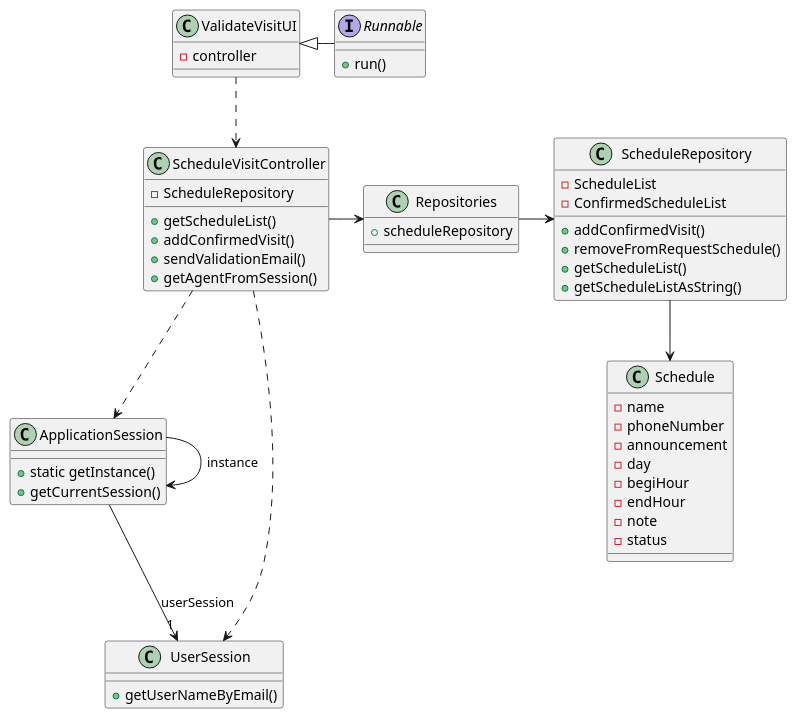
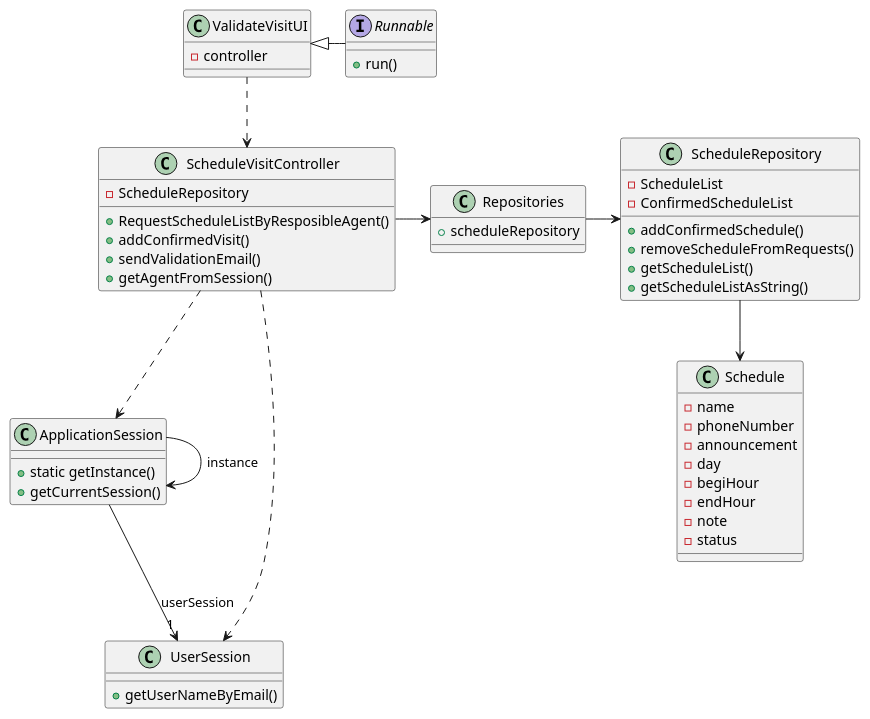
One commit to tiagohcorreia/LAPR2 changed the diagram in docs/sprintD/US016/03.design/puml/CD.puml. Above: the diagram before and after it, drawn with PlantUML. The commit also changed 7 other files, not shown here.

```diff
--- a/docs/sprintD/US016/03.design/puml/CD.puml
+++ b/docs/sprintD/US016/03.design/puml/CD.puml
@@ -1,67 +1,68 @@
 @startuml
 
 interface Runnable {
     + run()
 }
 
 class ValidateVisitUI {
     - controller
 }
 
 class ScheduleVisitController {
     - ScheduleRepository
-    + getScheduleList()
+
+    + RequestScheduleListByResposibleAgent()
     + addConfirmedVisit()
     + sendValidationEmail()
     + getAgentFromSession()
 }
 
 class ApplicationSession
 {
     + static getInstance()
     + getCurrentSession()
 }
 
 class UserSession
 {
     + getUserNameByEmail()
 }
 class Schedule {
 
     - name
     - phoneNumber
     - announcement
     - day
     - begiHour
     - endHour
     - note
     - status
 }
 class Repositories {
 
     + scheduleRepository
 }
 class ScheduleRepository {
 
     - ScheduleList
     - ConfirmedScheduleList
-    + addConfirmedVisit()
-    + removeFromRequestSchedule()
+    + addConfirmedSchedule()
+    + removeScheduleFromRequests()
     + getScheduleList()
     + getScheduleListAsString()
 }
 
 
 Runnable -left-|> ValidateVisitUI
 ApplicationSession -> ApplicationSession : instance
 ApplicationSession --> "1" UserSession : userSession
 ScheduleVisitController ..> ApplicationSession
 ScheduleVisitController ..> UserSession
 
 ValidateVisitUI ..> ScheduleVisitController
 ScheduleVisitController -> Repositories
 Repositories -> ScheduleRepository
 
 ScheduleRepository --> Schedule
 
 @enduml
```
